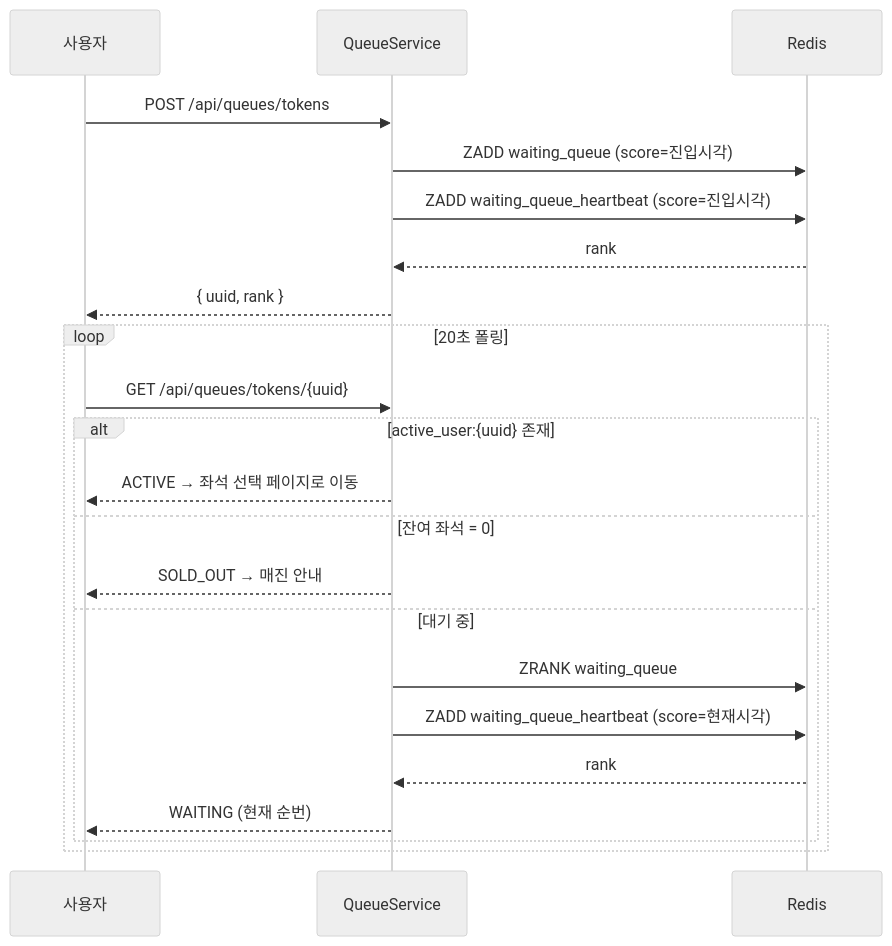
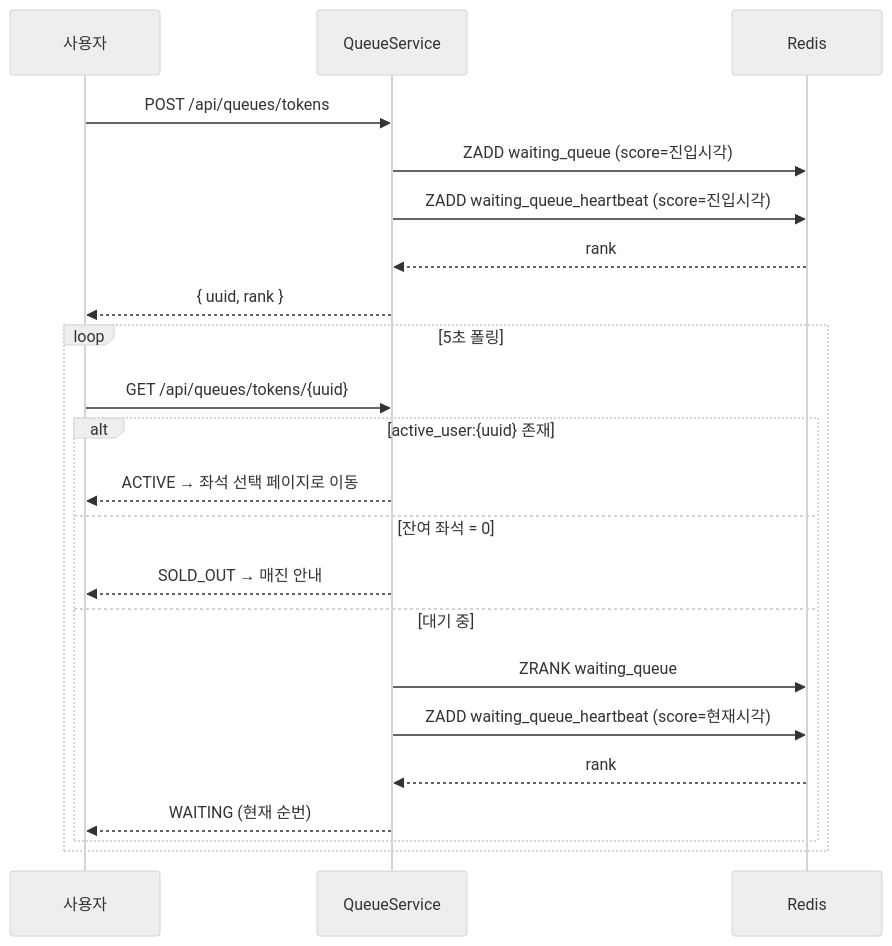
Before and after one commit to irnd04/zticket: the second of 7 diagrams in README.md, drawn with Mermaid (neutral theme). The commit also changed other lines of this file and 2 other files, not shown here.

````diff
--- a/README.md
+++ b/README.md
@@ -78,26 +78,26 @@
 ```mermaid
 sequenceDiagram
     participant U as 사용자
     participant Q as QueueService
     participant R as Redis
 
     U->>Q: POST /api/queues/tokens
     Q->>R: ZADD waiting_queue (score=진입시각)
     Q->>R: ZADD waiting_queue_heartbeat (score=진입시각)
     R-->>Q: rank
     Q-->>U: { uuid, rank }
 
-    loop 20초 폴링
+    loop 5초 폴링
         U->>Q: GET /api/queues/tokens/{uuid}
         alt active_user:{uuid} 존재
             Q-->>U: ACTIVE → 좌석 선택 페이지로 이동
         else 잔여 좌석 = 0
             Q-->>U: SOLD_OUT → 매진 안내
         else 대기 중
             Q->>R: ZRANK waiting_queue
             Q->>R: ZADD waiting_queue_heartbeat (score=현재시각)
             R-->>Q: rank
             Q-->>U: WAITING (현재 순번)
         end
     end
 ```
````
